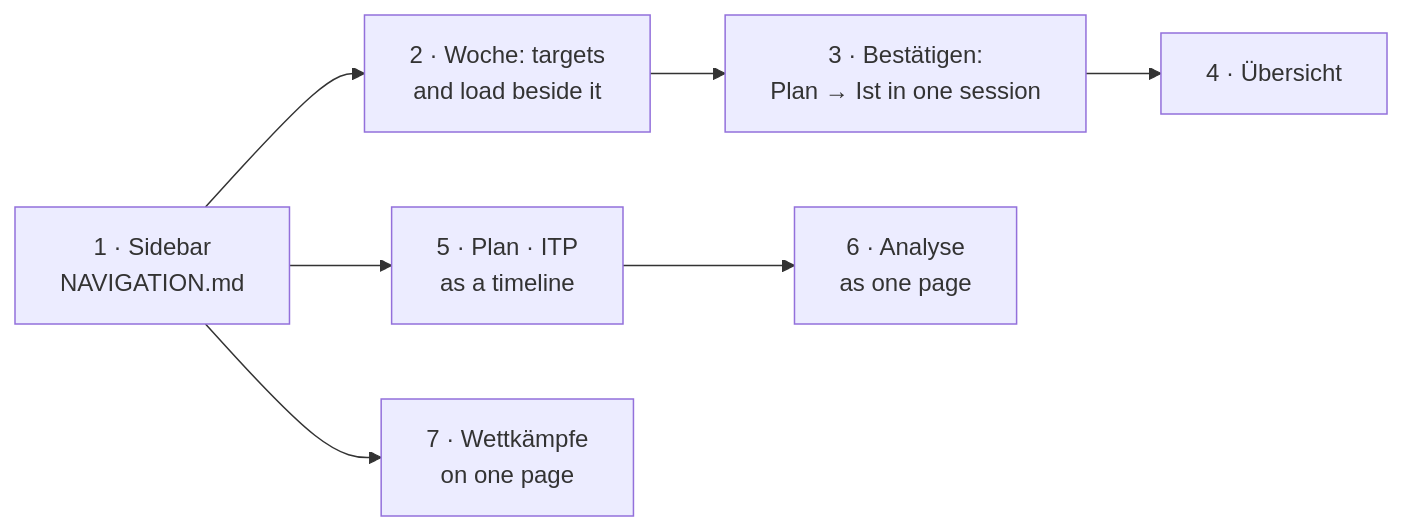
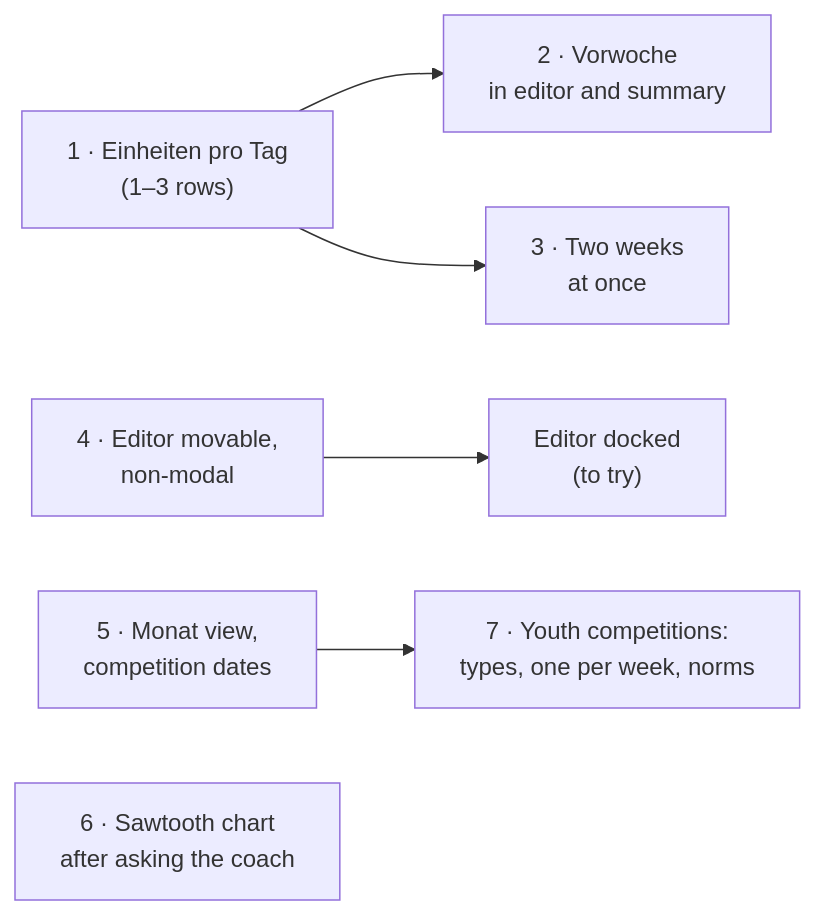
The diagram in docs/UX-PLAN.md (iam-peter/trainingsplaner), drawn with Mermaid before and after one commit. The commit also changed other lines of this file and 2 other files, not shown here.

First line of the commit message:
Rework the UI/UX plan around the coach's wishes

````diff
--- a/docs/UX-PLAN.md
+++ b/docs/UX-PLAN.md
@@ -261,9 +215,8 @@
 ```mermaid
 flowchart LR
-    S1["1 · Sidebar<br/>NAVIGATION.md"] --> S2["2 · Woche: targets<br/>and load beside it"]
-    S2 --> S3["3 · Bestätigen:<br/>Plan → Ist in one session"]
-    S3 --> S4["4 · Übersicht"]
-    S1 --> S5["5 · Plan · ITP<br/>as a timeline"]
-    S5 --> S6["6 · Analyse<br/>as one page"]
-    S1 --> S7["7 · Wettkämpfe<br/>on one page"]
+    A["1 · Einheiten pro Tag<br/>(1–3 rows)"] --> B["2 · Vorwoche<br/>in editor and summary"]
+    A --> C["3 · Two weeks<br/>at once"]
+    D["4 · Editor movable,<br/>non-modal"] --> E["Editor docked<br/>(to try)"]
+    F["5 · Monat view,<br/>competition dates"] --> G["7 · Youth competitions:<br/>types, one per week, norms"]
+    H["6 · Sawtooth chart<br/>after asking the coach"]
 ```
````
